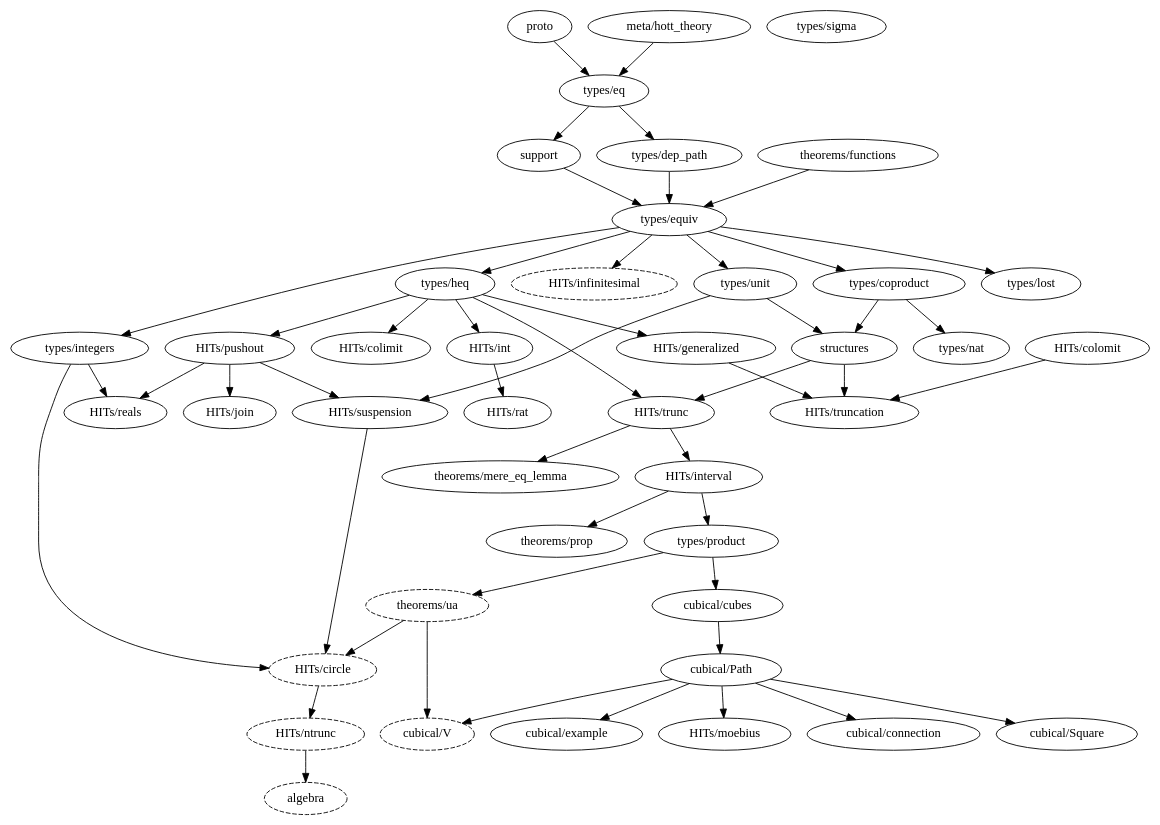
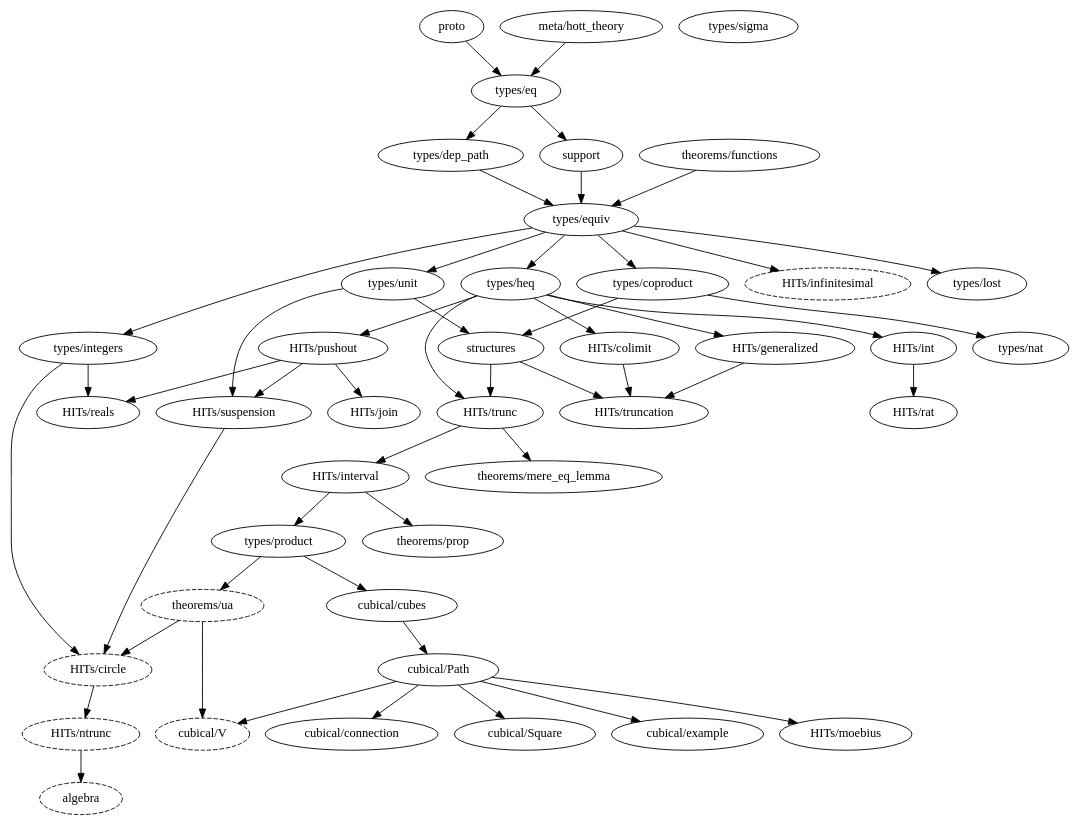
One commit to forked-from-1kasper/ground_zero changed the diagram in dependency_map.gv. Above: the diagram before and after it, drawn with Graphviz. The commit also changed 1 other file, not shown here.

```diff
--- a/dependency_map.gv
+++ b/dependency_map.gv
@@ -1,89 +1,89 @@
 digraph dependency_map {
   proto -> "types/eq"
   "meta/hott_theory" -> "types/eq"
 
   algebra [style=dashed]
   "HITs/ntrunc" -> algebra
 
   "HITs/circle" [style=dashed]
   "types/integers" -> "HITs/circle"
   "HITs/suspension" -> "HITs/circle"
   "theorems/ua" -> "HITs/circle"
 
   "types/heq" -> "HITs/colimit"
 
   "types/heq" -> "HITs/generalized"
 
   "HITs/infinitesimal" [style=dashed]
   "types/equiv" -> "HITs/infinitesimal"
 
   "types/equiv" -> "types/coproduct"
   "types/eq" -> "types/dep_path"
 
   "cubical/Path" -> "cubical/connection"
   "types/product" -> "cubical/cubes"
   "cubical/cubes" -> "cubical/Path"
   "cubical/Path" -> "cubical/Square"
   "cubical/Path" -> "cubical/example"
 
   "cubical/V" [style=dashed]
   "theorems/ua" -> "cubical/V"
   "cubical/Path" -> "cubical/V"
 
   "types/equiv" -> "types/heq"
   "types/equiv" -> "types/integers"
 
   "types/dep_path" -> "types/equiv"
   support -> "types/equiv"
   "theorems/functions" -> "types/equiv"
 
   "types/heq" -> "HITs/int"
 
   "HITs/trunc" -> "HITs/interval"
 
   "HITs/pushout" -> "HITs/join"
 
   "cubical/Path" -> "HITs/moebius"
 
   "HITs/trunc" -> "theorems/mere_eq_lemma"
 
   "HITs/ntrunc" [style=dashed]
   "HITs/circle" -> "HITs/ntrunc"
 
   "HITs/interval" -> "types/product"
 
   "HITs/interval" -> "theorems/prop"
 
   "types/heq" -> "HITs/pushout"
 
   "HITs/int" -> "HITs/rat"
 
   "HITs/pushout" -> "HITs/reals"
   "types/integers" -> "HITs/reals"
 
   "types/unit" -> structures
   "types/coproduct" -> structures
 
   "types/eq" -> support
 
   "HITs/pushout" -> "HITs/suspension"
   "types/unit" -> "HITs/suspension"
 
   structures -> "HITs/trunc"
   "types/heq" -> "HITs/trunc"
 
   structures -> "HITs/truncation"
-  "HITs/colomit" -> "HITs/truncation"
+  "HITs/colimit" -> "HITs/truncation"
   "HITs/generalized" -> "HITs/truncation"
 
   "theorems/ua" [style=dashed]
   "types/product" -> "theorems/ua"
 
   "types/equiv" -> "types/unit"
 
   "types/coproduct" -> "types/nat"
 
   "types/equiv" -> "types/lost"
 
   "types/sigma"
 }
```
